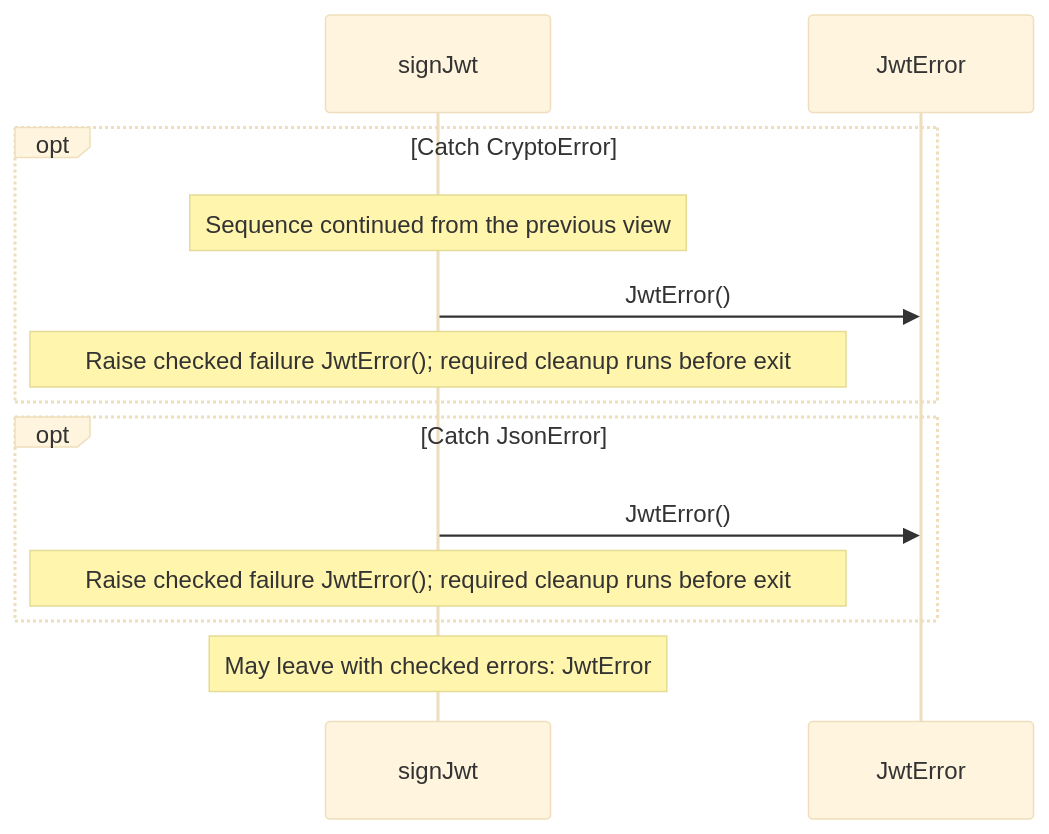
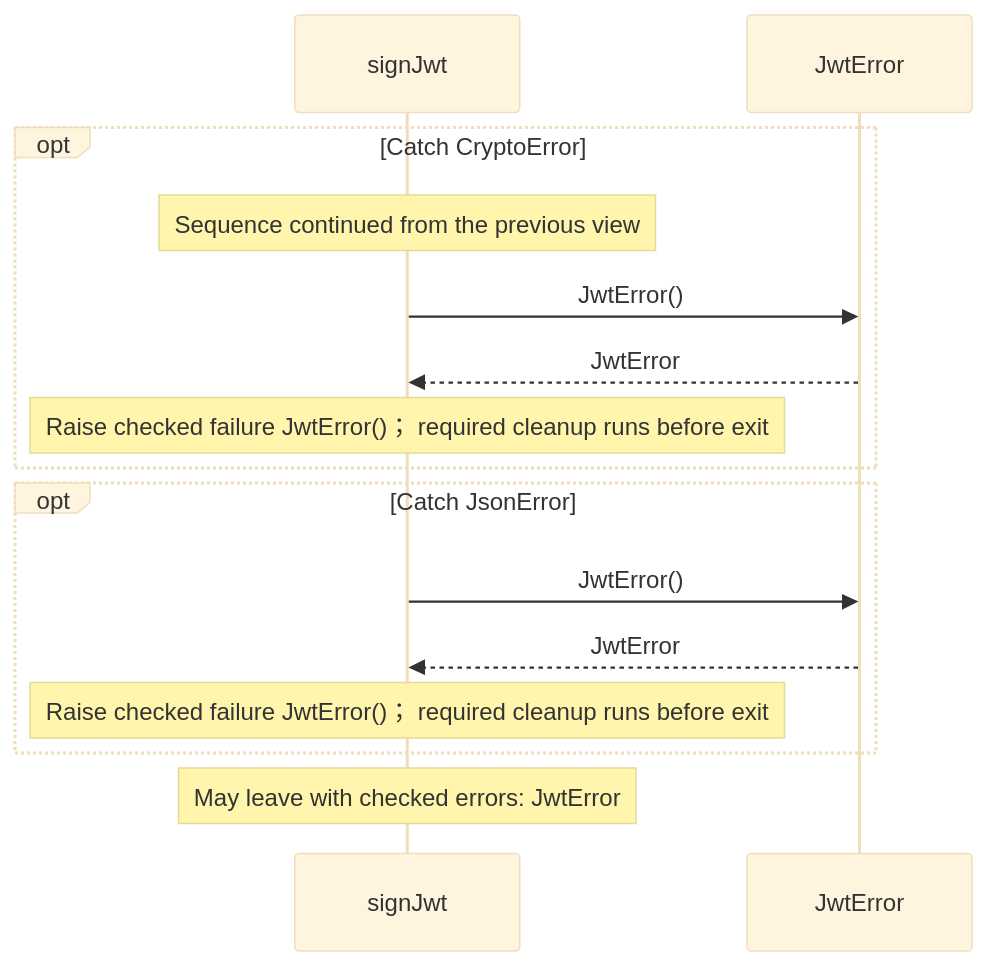
Before and after one commit to GreenPandaStudios/augscript: the sixth of 9 diagrams in docs/examples/oidc-login/dependencies/packages/@git/url_9ef654c66d34ab8f5527/0.0.0-git.b14a0f9aa41f1ce58bd51133bcdc424033e40d40/jose-diagrams.md, drawn with Mermaid (base theme). The commit also changed other lines of this file and 524 other files, not shown here.

Commit message:
Explain checked data flow at folder and service levels

````diff
--- a/docs/examples/oidc-login/dependencies/packages/@git/url_9ef654c66d34ab8f5527/0.0.0-git.b14a0f9aa41f1ce58bd51133bcdc424033e40d40/jose-diagrams.md
+++ b/docs/examples/oidc-login/dependencies/packages/@git/url_9ef654c66d34ab8f5527/0.0.0-git.b14a0f9aa41f1ce58bd51133bcdc424033e40d40/jose-diagrams.md
@@ -230,15 +215,17 @@
 ```mermaid
 sequenceDiagram
     participant p0 as signJwt
     participant p1 as JwtError
     opt Catch CryptoError
     Note over p0: Sequence continued from the previous view
     p0->>p1: JwtError()
-    Note over p0: Raise checked failure JwtError()#59; required cleanup runs before exit
+    p1-->>p0: JwtError
+    Note over p0: Raise checked failure JwtError()； required cleanup runs before exit
     end
     opt Catch JsonError
     p0->>p1: JwtError()
-    Note over p0: Raise checked failure JwtError()#59; required cleanup runs before exit
+    p1-->>p0: JwtError
+    Note over p0: Raise checked failure JwtError()； required cleanup runs before exit
     end
     Note over p0: May leave with checked errors: JwtError
 ```
````
